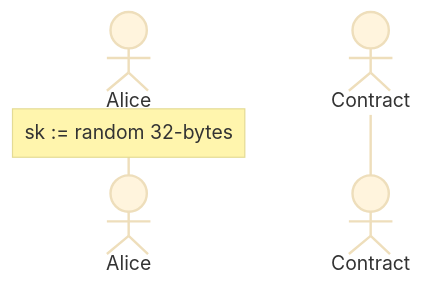
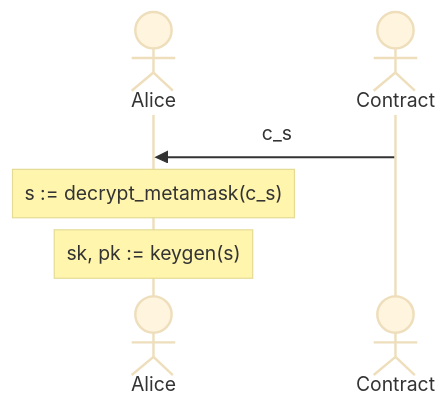
One commit to erhant/blockchatting changed the second of 3 diagrams in README.md. Above: the diagram before and after it, drawn with Mermaid (base theme). The commit also changed other lines of this file and 5 other files, not shown here.

````diff
--- a/README.md
+++ b/README.md
@@ -24,9 +39,10 @@
 ```mermaid
 sequenceDiagram
   actor Alice
   actor Contract
 
-  Note over Alice: sk := random 32-bytes
+  Contract ->> Alice: c_s
 
-
+  Note over Alice: s := decrypt_metamask(c_s)
+  Note over Alice: sk, pk := keygen(s)
 ```
````
